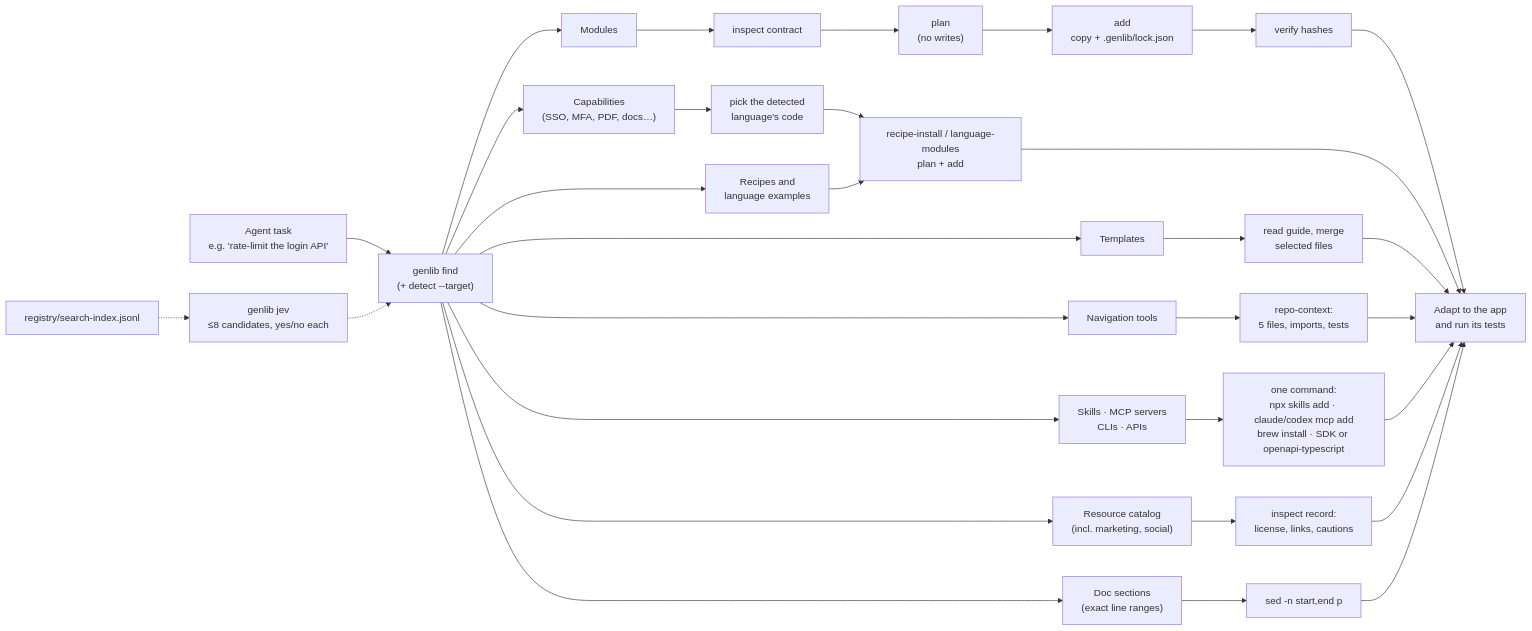
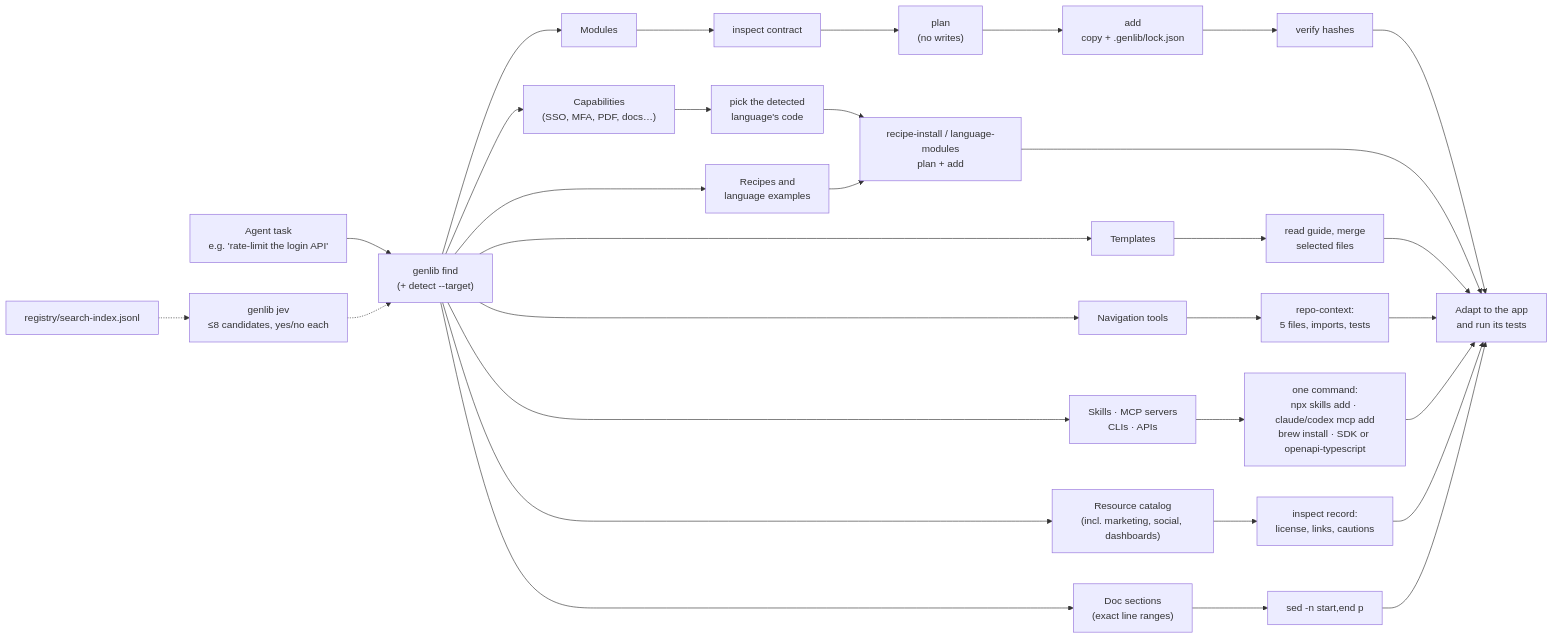
One commit to athompson83/genlib changed the diagram in README.md. Above: the diagram before and after it, drawn with Mermaid. The commit also changed other lines of this file and 23 other files, not shown here.

First line of the commit message:
Add 801 dashboard resources and fix the marketing catalog build

````diff
--- a/README.md
+++ b/README.md
@@ -53,22 +53,22 @@
 ```mermaid
 flowchart LR
   Task["Agent task<br/>e.g. 'rate-limit the login API'"] --> Find["genlib find<br/>(+ detect --target)"]
   Find --> C["Capabilities<br/>(SSO, MFA, PDF, docs…)"]
   Find --> M["Modules"]
   Find --> R["Recipes and<br/>language examples"]
   Find --> T["Templates"]
   Find --> N["Navigation tools"]
   Find --> S["Skills · MCP servers<br/>CLIs · APIs"]
-  Find --> X["Resource catalog<br/>(incl. marketing, social)"]
+  Find --> X["Resource catalog<br/>(incl. marketing, social, dashboards)"]
   Find --> D["Doc sections<br/>(exact line ranges)"]
   Jev["genlib jev<br/>≤8 candidates, yes/no each"] -.-> Find
   Index["registry/search-index.jsonl"] -.-> Jev
   M --> Inspect["inspect contract"] --> Plan["plan<br/>(no writes)"] --> Add["add<br/>copy + .genlib/lock.json"] --> Verify["verify hashes"] --> App["Adapt to the app<br/>and run its tests"]
   C --> Lang["pick the detected<br/>language's code"] --> Copy
   R --> Copy["recipe-install / language-modules<br/>plan + add"] --> App
   T --> Merge["read guide, merge<br/>selected files"] --> App
   N --> Context["repo-context:<br/>5 files, imports, tests"] --> App
   S --> SkillAdd["one command:<br/>npx skills add · claude/codex mcp add<br/>brew install · SDK or openapi-typescript"] --> App
   X --> Adopt["inspect record:<br/>license, links, cautions"] --> App
   D --> Section["sed -n start,end p"] --> App
 ```
````
